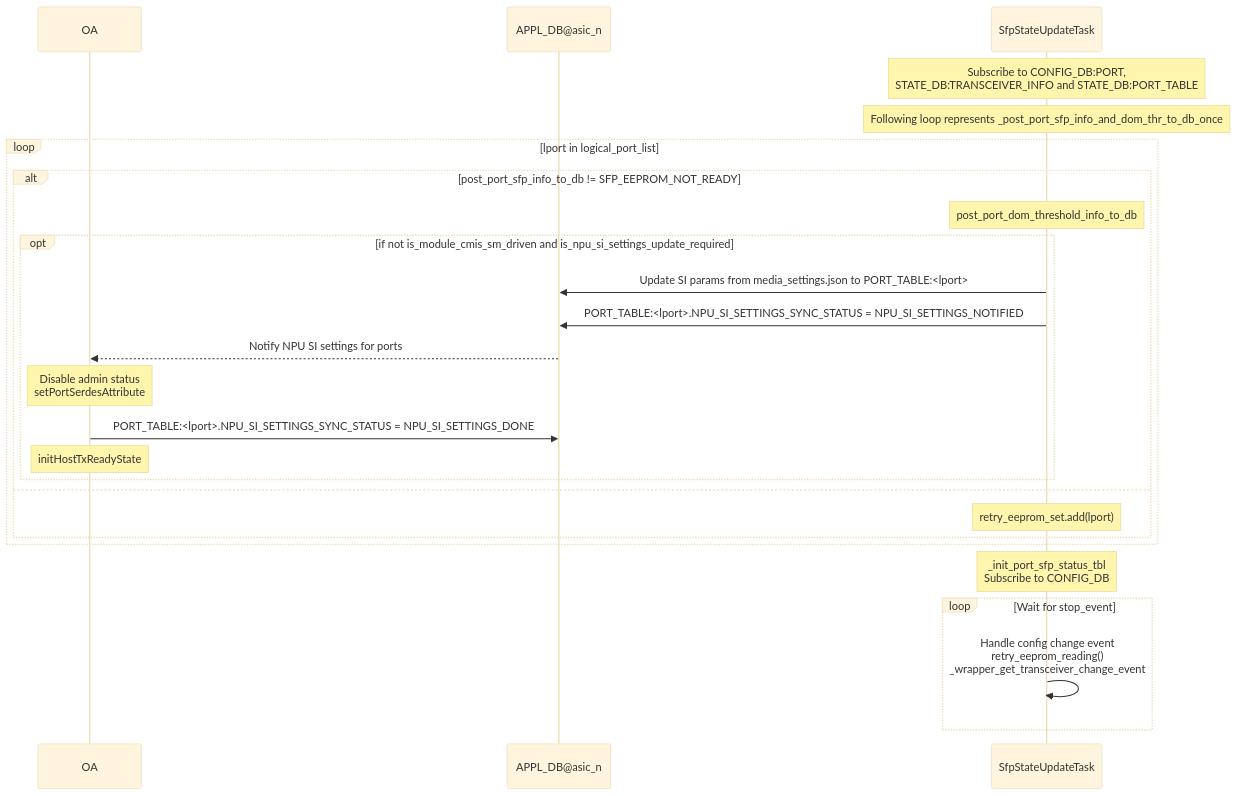
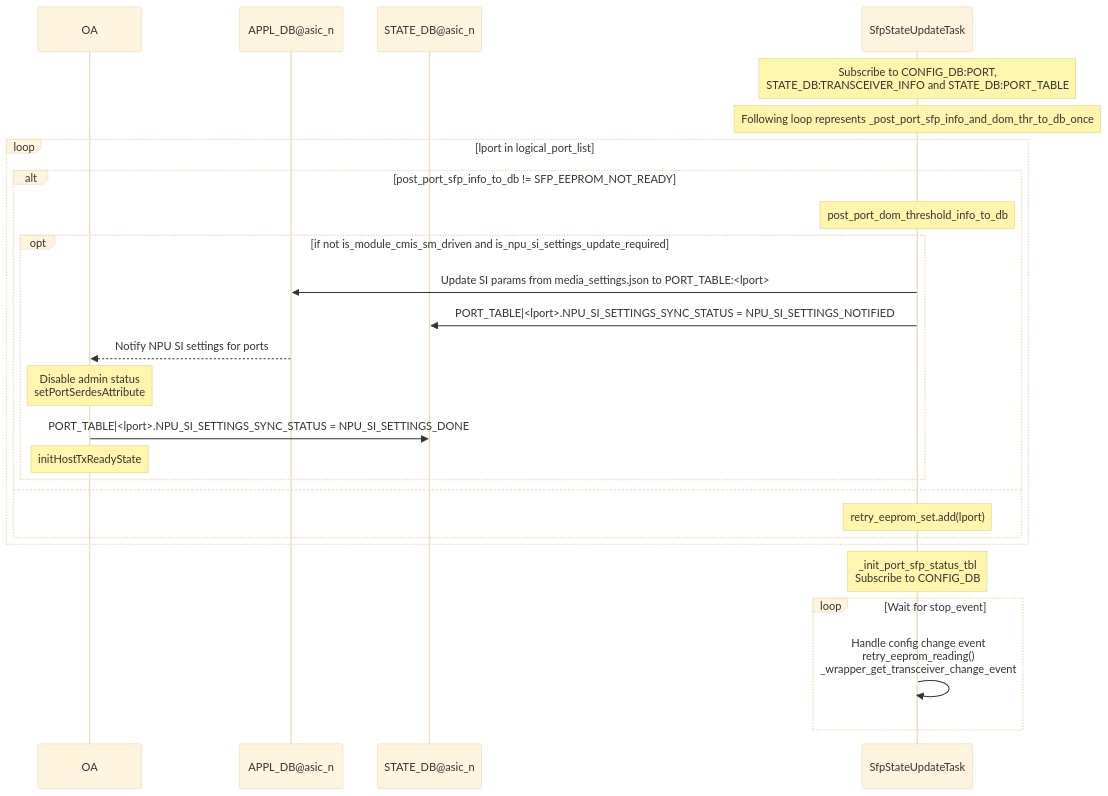
The second of 5 diagrams in doc/sfp-cmis/Interface-Link-bring-up-sequence.md (sonic-net/SONiC), drawn with Mermaid (base theme) before and after one commit. The commit also changed other lines of this file, not shown here.

Commit message:
Replaced usage of PORT_TABLE for storing the keys from APPL_DB to STATE_DB

````diff
--- a/doc/sfp-cmis/Interface-Link-bring-up-sequence.md
+++ b/doc/sfp-cmis/Interface-Link-bring-up-sequence.md
@@ -301,28 +297,29 @@
 ```mermaid
 sequenceDiagram
     participant OA
     participant APPL_DB as APPL_DB@asic_n
+    participant STATE_DB as STATE_DB@asic_n
     participant SfpStateUpdateTask
 
     Note over SfpStateUpdateTask: Subscribe to CONFIG_DB:PORT,<br>STATE_DB:TRANSCEIVER_INFO and STATE_DB:PORT_TABLE
     Note over SfpStateUpdateTask: Following loop represents _post_port_sfp_info_and_dom_thr_to_db_once
     loop lport in logical_port_list
         alt post_port_sfp_info_to_db != SFP_EEPROM_NOT_READY
              Note over SfpStateUpdateTask: post_port_dom_threshold_info_to_db
             opt if not is_module_cmis_sm_driven and is_npu_si_settings_update_required
                 SfpStateUpdateTask ->> APPL_DB: Update SI params from media_settings.json to PORT_TABLE:<lport>
-                SfpStateUpdateTask ->> APPL_DB: PORT_TABLE:<lport>.NPU_SI_SETTINGS_SYNC_STATUS = NPU_SI_SETTINGS_NOTIFIED
+                SfpStateUpdateTask ->> STATE_DB: PORT_TABLE|<lport>.NPU_SI_SETTINGS_SYNC_STATUS = NPU_SI_SETTINGS_NOTIFIED
                 APPL_DB -->> OA: Notify NPU SI settings for ports
                 Note over OA: Disable admin status<br>setPortSerdesAttribute
-                OA ->> APPL_DB: PORT_TABLE:<lport>.NPU_SI_SETTINGS_SYNC_STATUS = NPU_SI_SETTINGS_DONE
+                OA ->> STATE_DB: PORT_TABLE|<lport>.NPU_SI_SETTINGS_SYNC_STATUS = NPU_SI_SETTINGS_DONE
                 Note over OA: initHostTxReadyState
             end
         else
             Note over SfpStateUpdateTask: retry_eeprom_set.add(lport)
         end
     end
     Note over SfpStateUpdateTask: _init_port_sfp_status_tbl<br>Subscribe to CONFIG_DB
     loop Wait for stop_event
         SfpStateUpdateTask ->> SfpStateUpdateTask: Handle config change event<br>retry_eeprom_reading()<br>_wrapper_get_transceiver_change_event
     end
 ```
````
